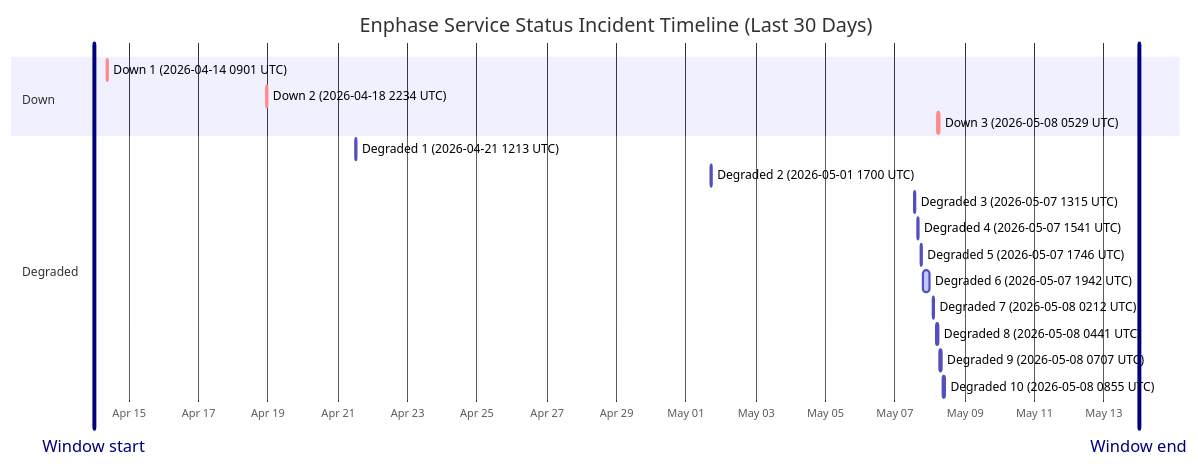
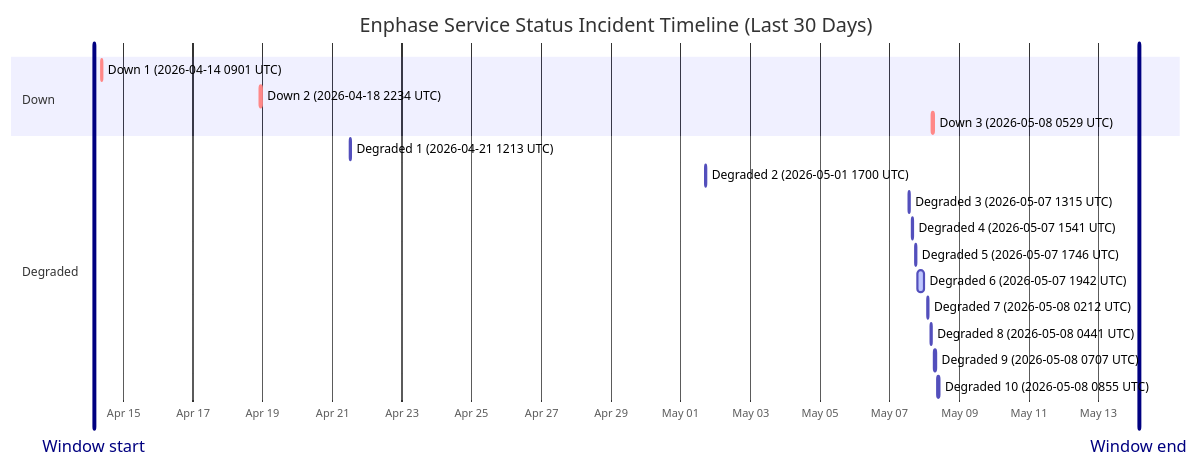
The diagram in wiki/Service-Status-History.md (barneyonline/ha-enphase-ev-charger), drawn with Mermaid before and after one commit. The commit also changed other lines of this file and 3 other files, not shown here.

````diff
--- a/wiki/Service-Status-History.md
+++ b/wiki/Service-Status-History.md
@@ -14,23 +14,23 @@
 ```mermaid
 gantt
     title Enphase Service Status Incident Timeline (Last 30 Days)
     dateFormat  YYYY-MM-DDTHH:mm:ss
     axisFormat  %b %d
-    Window start :vert, window-start, 2026-04-13T23:57:10, 0ms
-    Window end :vert, window-end, 2026-05-13T23:57:10, 0ms
+    Window start :vert, window-start, 2026-04-14T03:49:10, 0ms
+    Window end :vert, window-end, 2026-05-14T03:49:10, 0ms
     section Down
     Down 1 (2026-04-14 0901 UTC) :crit, down-1, 2026-04-14T09:01:13, 60m
     Down 2 (2026-04-18 2234 UTC) :crit, down-2, 2026-04-18T22:34:13, 60m
     Down 3 (2026-05-08 0529 UTC) :crit, down-3, 2026-05-08T05:29:47, 60m
     section Degraded
     Degraded 1 (2026-04-21 1213 UTC) :active, degraded-1, 2026-04-21T12:13:11, 60m
     Degraded 2 (2026-05-01 1700 UTC) :active, degraded-2, 2026-05-01T17:00:22, 60m
     Degraded 3 (2026-05-07 1315 UTC) :active, degraded-3, 2026-05-07T13:15:25, 60m
     Degraded 4 (2026-05-07 1541 UTC) :active, degraded-4, 2026-05-07T15:41:58, 60m
     Degraded 5 (2026-05-07 1746 UTC) :active, degraded-5, 2026-05-07T17:46:51, 60m
     Degraded 6 (2026-05-07 1942 UTC) :active, degraded-6, 2026-05-07T19:42:10, 249m
     Degraded 7 (2026-05-08 0212 UTC) :active, degraded-7, 2026-05-08T02:12:39, 60m
     Degraded 8 (2026-05-08 0441 UTC) :active, degraded-8, 2026-05-08T04:41:46, 60m
     Degraded 9 (2026-05-08 0707 UTC) :active, degraded-9, 2026-05-08T07:07:30, 60m
     Degraded 10 (2026-05-08 0855 UTC) :active, degraded-10, 2026-05-08T08:55:20, 88m
 ```
````
